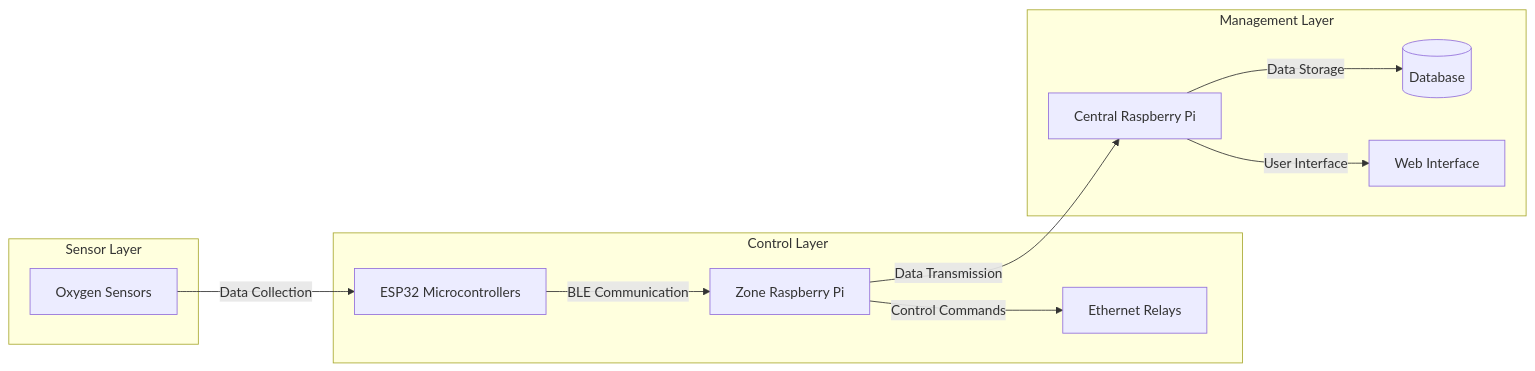
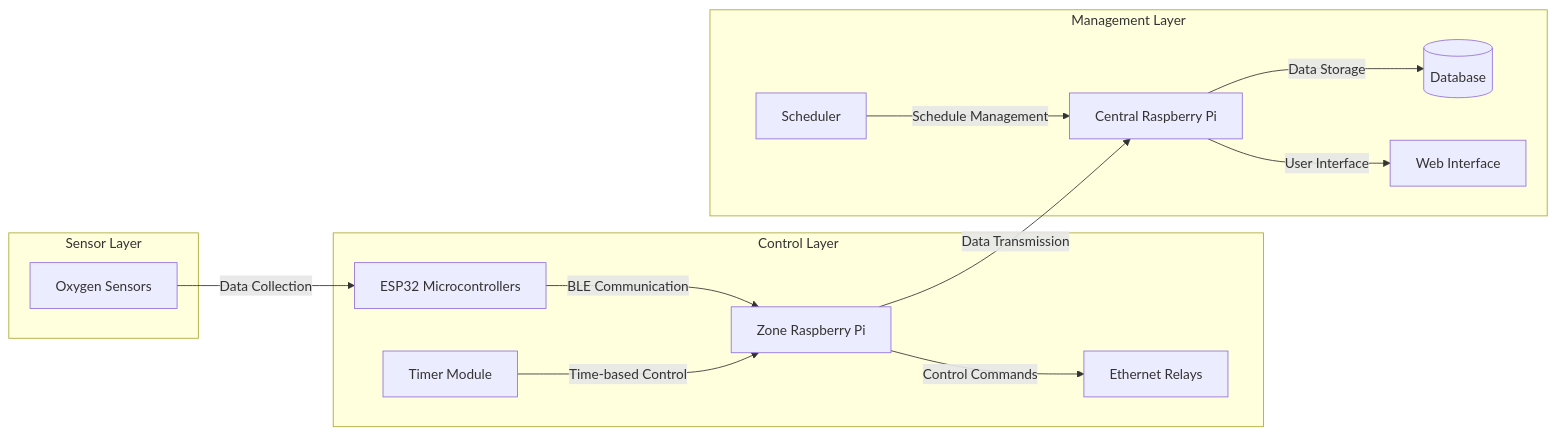
Before and after one commit to adityatripathi05/Oxygen-Enrichment-System: the second of 8 diagrams in docs/design_plan.md, drawn with Mermaid. The commit also changed other lines of this file, not shown here.

````diff
--- a/docs/design_plan.md
+++ b/docs/design_plan.md
@@ -82,25 +98,29 @@
 ```mermaid
 graph LR
     subgraph "Sensor Layer"
         OS[Oxygen Sensors]
     end
 
     subgraph "Control Layer"
         ESP[ESP32 Microcontrollers]
         ZRP[Zone Raspberry Pi]
         ERlay[Ethernet Relays]
+        TM[Timer Module]
     end
 
     subgraph "Management Layer"
         CRP[Central Raspberry Pi]
         DB[(Database)]
         WI[Web Interface]
+        SCH[Scheduler]
     end
 
     OS -->|Data Collection| ESP
     ESP -->|BLE Communication| ZRP
     ZRP -->|Control Commands| ERlay
     ZRP -->|Data Transmission| CRP
+    TM -->|Time-based Control| ZRP
     CRP -->|Data Storage| DB
     CRP -->|User Interface| WI
+    SCH -->|Schedule Management| CRP
 ```
````
